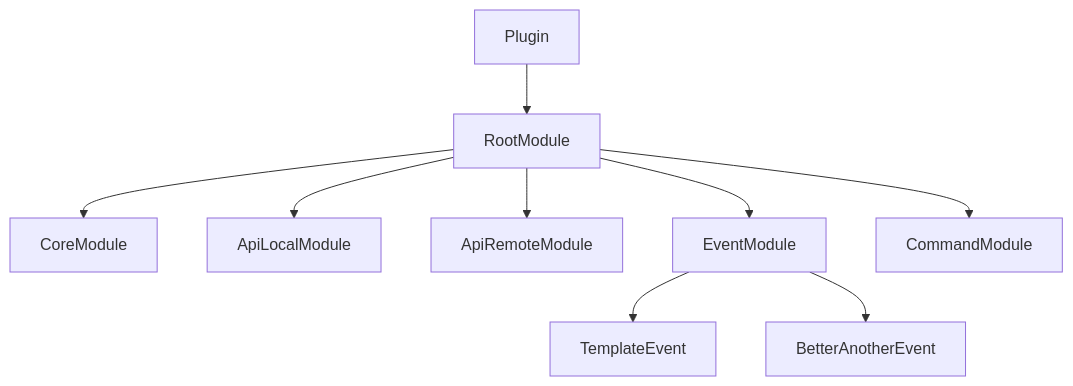
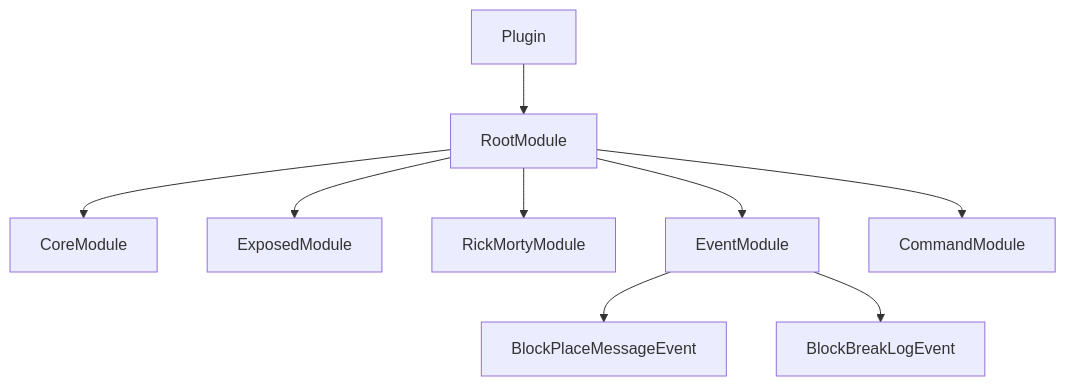
One commit to Astra-Interactive/AstraTemplate changed the diagram in README.md. Above: the diagram before and after it, drawn with Mermaid. The commit also changed other lines of this file, not shown here.

Commit message:
[DOCS] Describe the new module layout in the README

````diff
--- a/README.md
+++ b/README.md
@@ -145,11 +141,11 @@
 ```mermaid
 graph TD
     Plugin --> RootModule
     RootModule --> CoreModule
-    RootModule --> ApiLocalModule
-    RootModule --> ApiRemoteModule
+    RootModule --> ExposedModule
+    RootModule --> RickMortyModule
     RootModule --> EventModule
     RootModule --> CommandModule
-    EventModule --> TemplateEvent
-    EventModule --> BetterAnotherEvent
+    EventModule --> BlockPlaceMessageEvent
+    EventModule --> BlockBreakLogEvent
 ```
````
